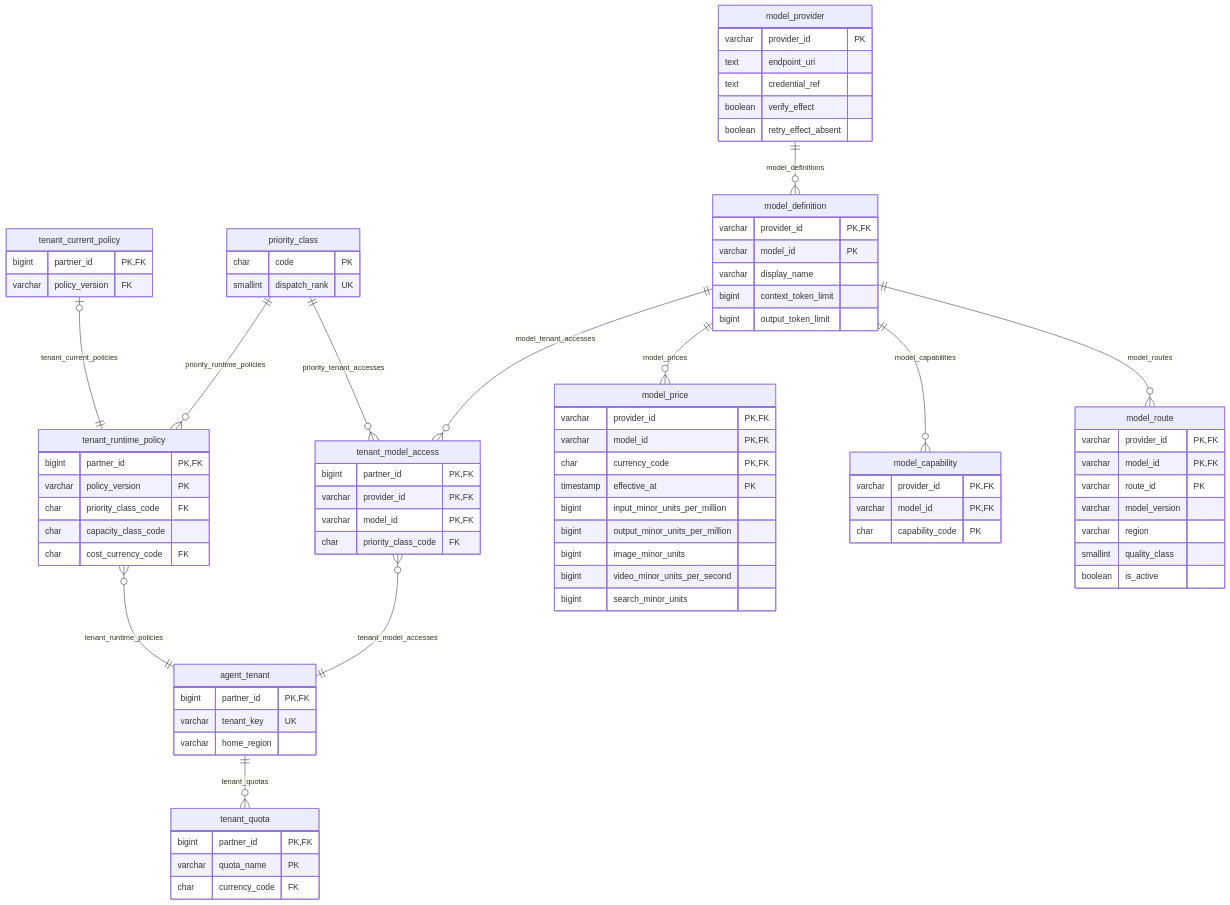
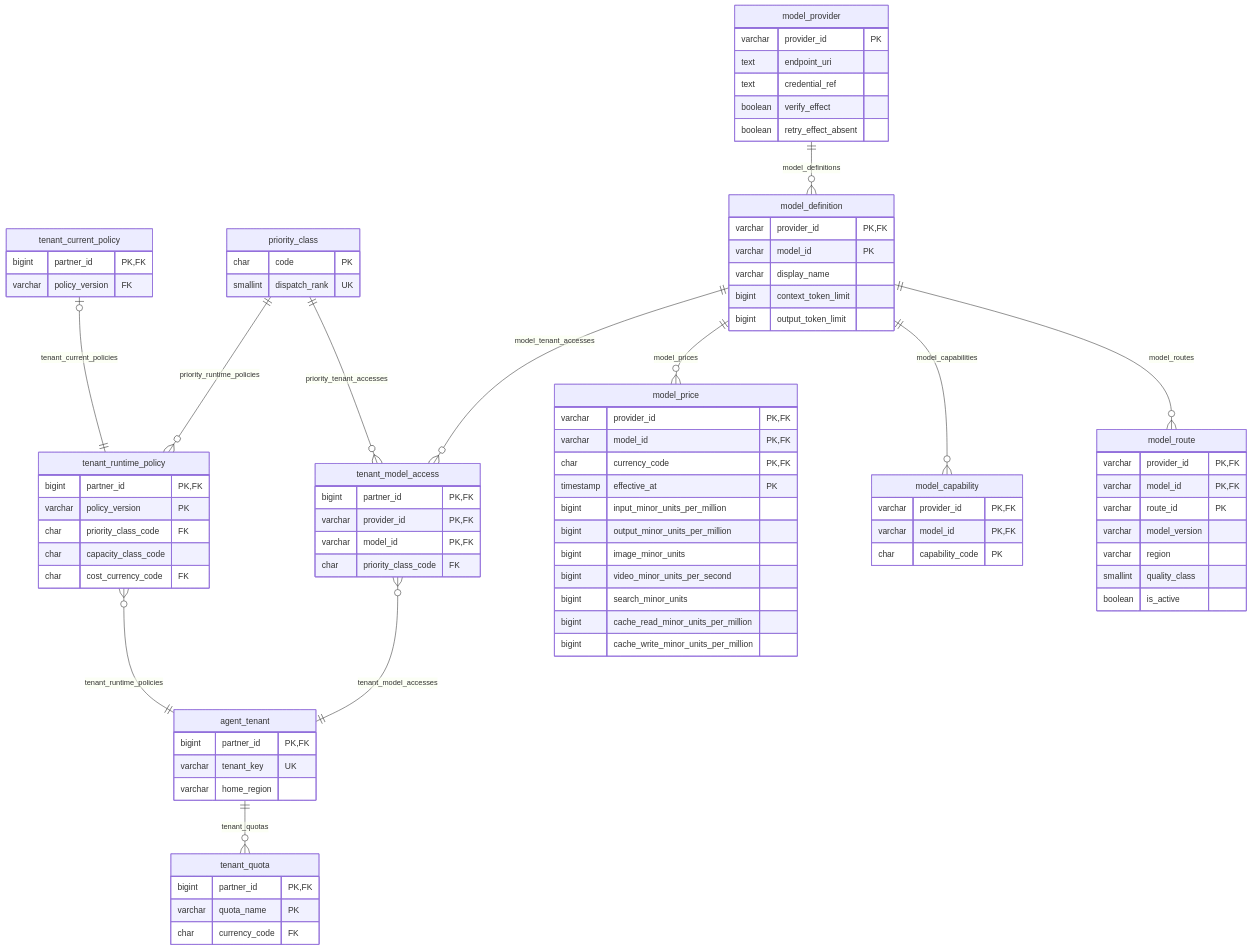
The third of 24 diagrams in doc/database.md (nauticana/scout), drawn with Mermaid before and after one commit. The commit also changed other lines of this file and 83 other files, not shown here.

```diff
--- a/doc/database.md
+++ b/doc/database.md
@@ -598,6 +598,8 @@
         bigint image_minor_units
         bigint video_minor_units_per_second
         bigint search_minor_units
+        bigint cache_read_minor_units_per_million
+        bigint cache_write_minor_units_per_million
     }
     tenant_model_access {
         bigint partner_id PK,FK
```
